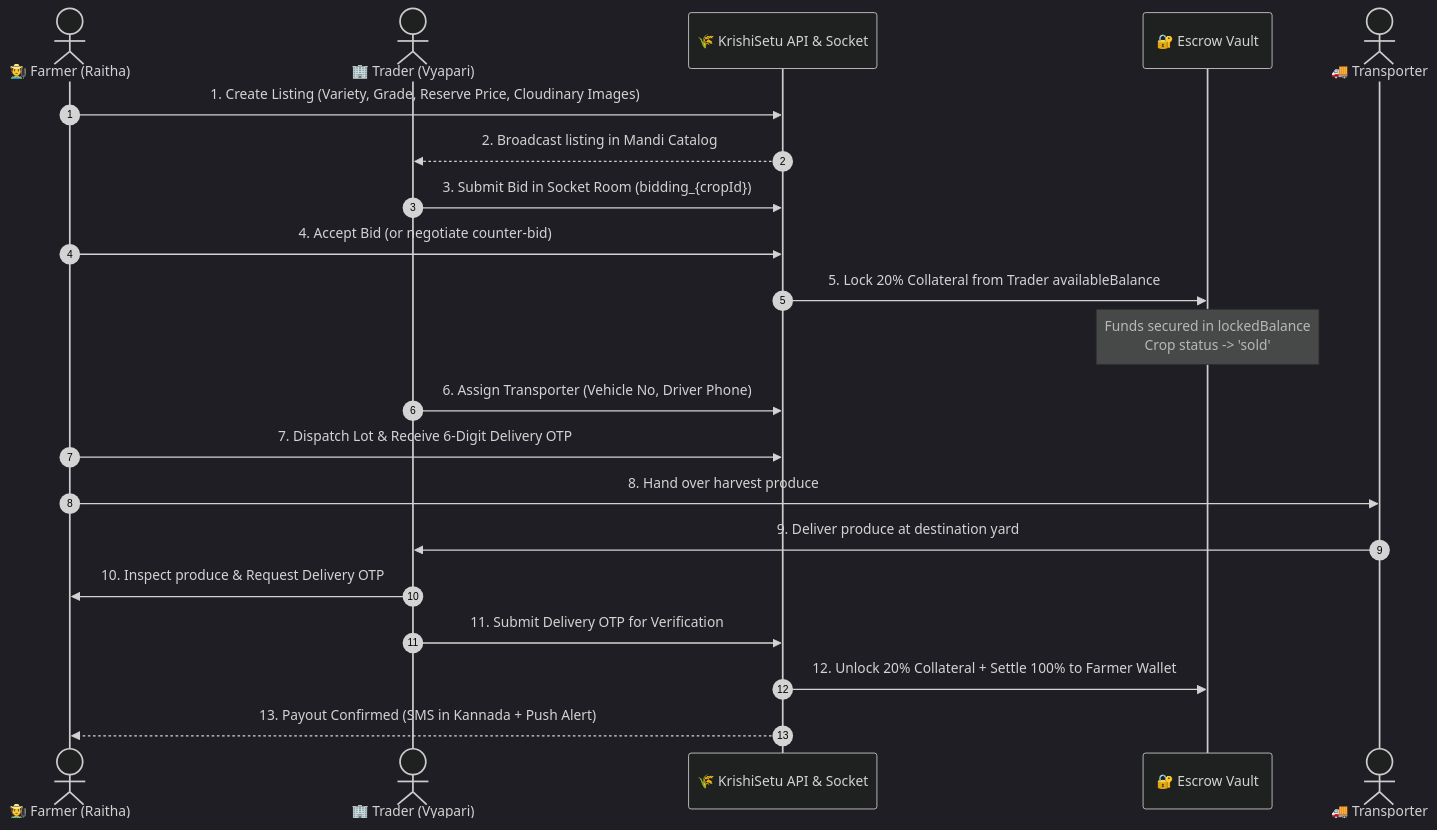
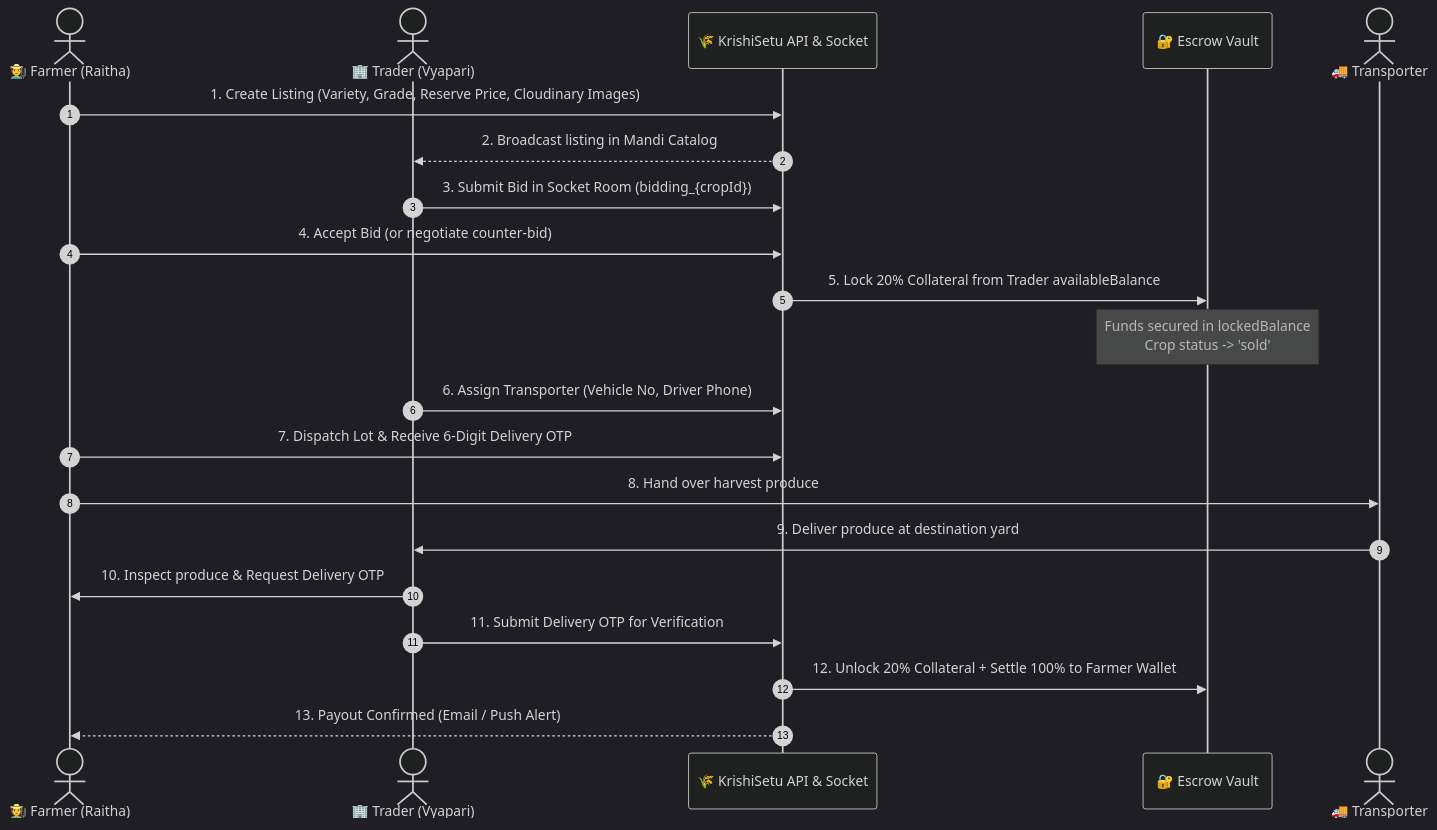
Before and after one commit to sameekshyaranjan/KrishiSetu: the diagram in README.md, drawn with Mermaid (dark theme). The commit also changed other lines of this file and 24 other files, not shown here.

````diff
--- a/README.md
+++ b/README.md
@@ -206,24 +206,24 @@
 ```mermaid
 sequenceDiagram
     autonumber
     actor Farmer as 🧑‍🌾 Farmer (Raitha)
     actor Trader as 🏢 Trader (Vyapari)
     participant Platform as 🌾 KrishiSetu API & Socket
     participant Escrow as 🔐 Escrow Vault
     actor Driver as 🚚 Transporter
 
     Farmer->>Platform: 1. Create Listing (Variety, Grade, Reserve Price, Cloudinary Images)
     Platform-->>Trader: 2. Broadcast listing in Mandi Catalog
     Trader->>Platform: 3. Submit Bid in Socket Room (bidding_{cropId})
     Farmer->>Platform: 4. Accept Bid (or negotiate counter-bid)
     Platform->>Escrow: 5. Lock 20% Collateral from Trader availableBalance
     Note over Escrow: Funds secured in lockedBalance<br>Crop status -> 'sold'
     Trader->>Platform: 6. Assign Transporter (Vehicle No, Driver Phone)
     Farmer->>Platform: 7. Dispatch Lot & Receive 6-Digit Delivery OTP
     Farmer->>Driver: 8. Hand over harvest produce
     Driver->>Trader: 9. Deliver produce at destination yard
     Trader->>Farmer: 10. Inspect produce & Request Delivery OTP
     Trader->>Platform: 11. Submit Delivery OTP for Verification
     Platform->>Escrow: 12. Unlock 20% Collateral + Settle 100% to Farmer Wallet
-    Platform-->>Farmer: 13. Payout Confirmed (SMS in Kannada + Push Alert)
+    Platform-->>Farmer: 13. Payout Confirmed (Email / Push Alert)
 ```
````
